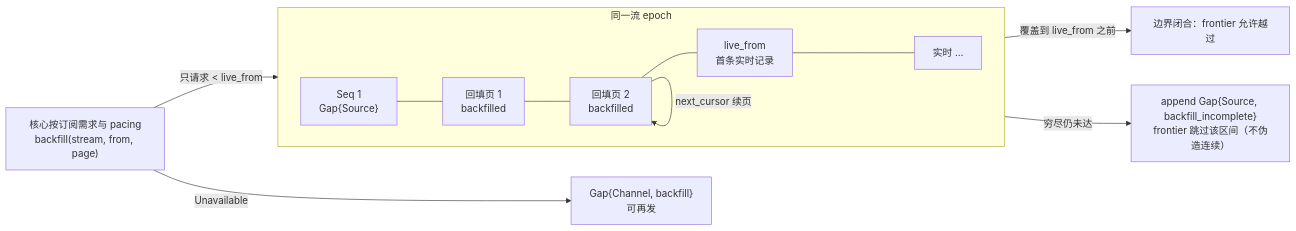
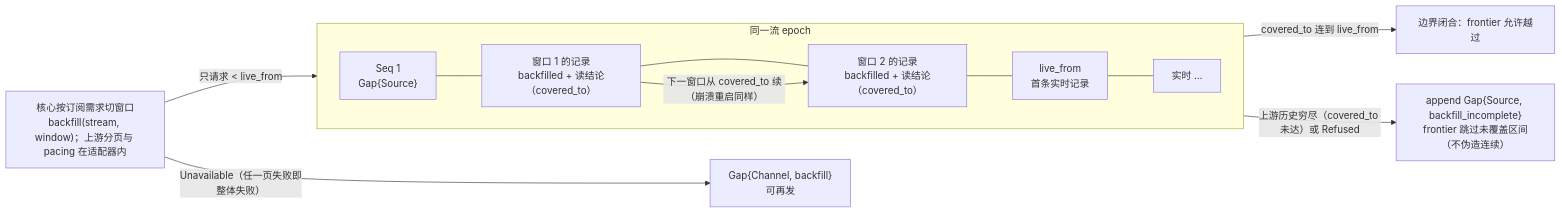
The third of 5 diagrams in design/diagrams/03-observation-ingest.md (mouriya-s-lab/uta), drawn with Mermaid before and after one commit. The commit also changed other lines of this file and 13 other files, not shown here.

````diff
--- a/design/diagrams/03-observation-ingest.md
+++ b/design/diagrams/03-observation-ingest.md
@@ -89,12 +89,12 @@
 ```mermaid
 flowchart LR
   subgraph EPOCH["同一流 epoch"]
     direction LR
-    G["Seq 1<br/>Gap{Source}"] --- BF1["回填页 1<br/>backfilled"] --- BF2["回填页 2<br/>backfilled"] --- LF["live_from<br/>首条实时记录"] --- L1["实时 …"]
+    G["Seq 1<br/>Gap{Source}"] --- BF1["窗口 1 的记录<br/>backfilled + 读结论（covered_to）"] --- BF2["窗口 2 的记录<br/>backfilled + 读结论（covered_to）"] --- LF["live_from<br/>首条实时记录"] --- L1["实时 …"]
   end
-  CORE["核心按订阅需求与 pacing<br/>backfill(stream, from, page)"] -->|"只请求 < live_from"| BF1
-  BF2 -->|"next_cursor 续页"| BF2
-  BF2 -->|"覆盖到 live_from 之前"| CLOSE["边界闭合：frontier 允许越过"]
-  BF2 -->|"穷尽仍未达"| INC["append Gap{Source, backfill_incomplete}<br/>frontier 跳过该区间（不伪造连续）"]
-  CORE -->|"Unavailable"| CH["Gap{Channel, backfill}<br/>可再发"]
+  CORE["核心按订阅需求切窗口<br/>backfill(stream, window)；上游分页与 pacing 在适配器内"] -->|"只请求 < live_from"| BF1
+  BF1 -->|"下一窗口从 covered_to 续（崩溃重启同样）"| BF2
+  BF2 -->|"covered_to 连到 live_from"| CLOSE["边界闭合：frontier 允许越过"]
+  BF2 -->|"上游历史穷尽（covered_to 未达）或 Refused"| INC["append Gap{Source, backfill_incomplete}<br/>frontier 跳过未覆盖区间（不伪造连续）"]
+  CORE -->|"Unavailable（任一页失败即整体失败）"| CH["Gap{Channel, backfill}<br/>可再发"]
 ```
````
